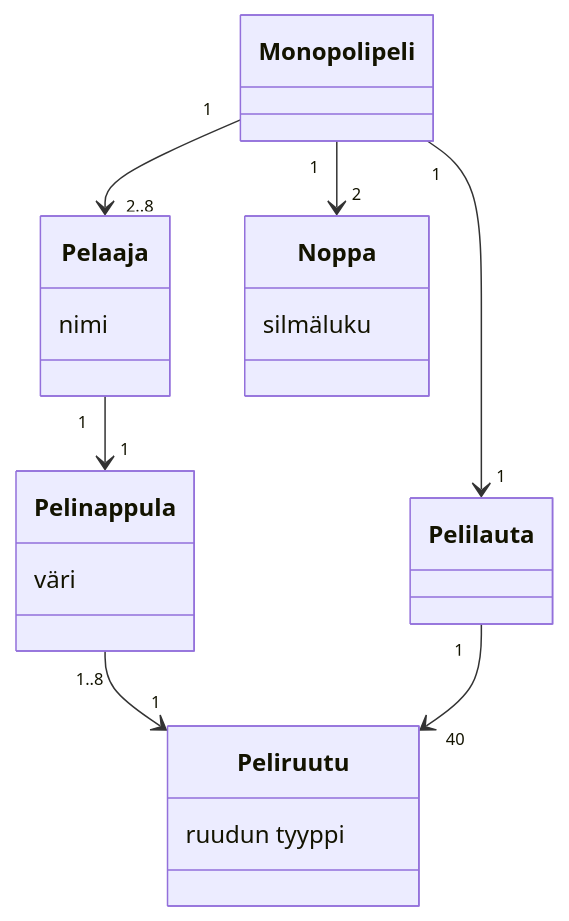
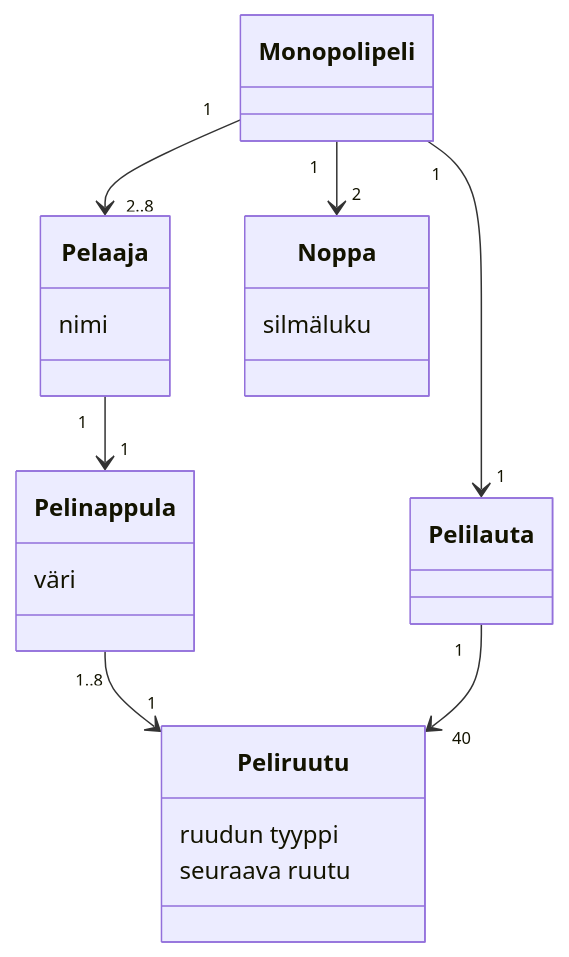
One commit to Jusq17/ot-harjoitustyo changed the diagram in laskarit/viikko3/monopoli.md. Above: the diagram before and after it, drawn with Mermaid.

````diff
--- a/laskarit/viikko3/monopoli.md
+++ b/laskarit/viikko3/monopoli.md
@@ -3,36 +3,37 @@
 ```mermaid
 
   classDiagram
   
   Pelaaja "1" --> "1" Pelinappula
   Pelinappula "1..8" --> "1" Peliruutu
   Pelilauta "1" --> "40" Peliruutu
   Monopolipeli "1" --> "2" Noppa
   Monopolipeli "1" --> "1" Pelilauta
   Monopolipeli "1" --> "2..8" Pelaaja
   
     class Monopolipeli{
       
     }
     
     class Pelaaja{
       nimi
     }
     
     class Pelinappula{
       väri
     }
     
     class Pelilauta{
     
     }
     
     class Peliruutu{
       ruudun tyyppi
+      seuraava ruutu
     }
     
     class Noppa{
       silmäluku
     }
 
 ```
````
